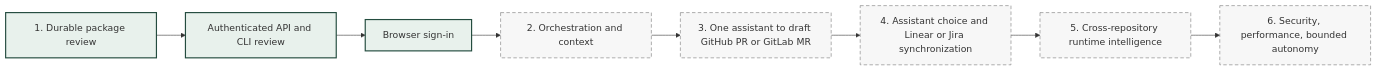
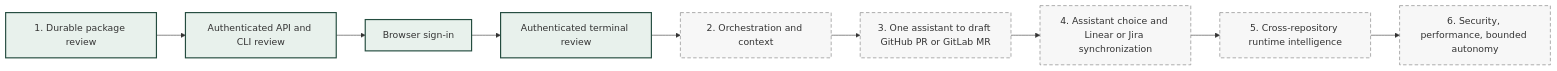
The fourth of 4 diagrams in docs/architecture/system.md (phenixrizen/conductor), drawn with Mermaid before and after one commit. The commit also changed other lines of this file and 18 other files, not shown here.

Commit message:
docs: explain authenticated terminal setup and recovery

````diff
--- a/docs/architecture/system.md
+++ b/docs/architecture/system.md
@@ -168,15 +171,16 @@
 ```mermaid
 flowchart LR
     M1[1. Durable package review] --> Access[Authenticated API and CLI review]
     Access --> Browser[Browser sign-in]
-    Browser --> M2[2. Orchestration and context]
+    Browser --> Terminal[Authenticated terminal review]
+    Terminal --> M2[2. Orchestration and context]
     M2 --> M3[3. One assistant to draft GitHub PR or GitLab MR]
     M3 --> M4[4. Assistant choice and Linear or Jira synchronization]
     M4 --> M5[5. Cross-repository runtime intelligence]
     M5 --> M6[6. Security, performance, bounded autonomy]
 
     classDef active fill:#e8f1ec,stroke:#244c3f,stroke-width:2px;
     classDef planned fill:#f7f7f7,stroke:#777,stroke-dasharray:6 4;
-    class M1,Access,Browser active;
+    class M1,Access,Browser,Terminal active;
     class M2,M3,M4,M5,M6 planned;
 ```
````
